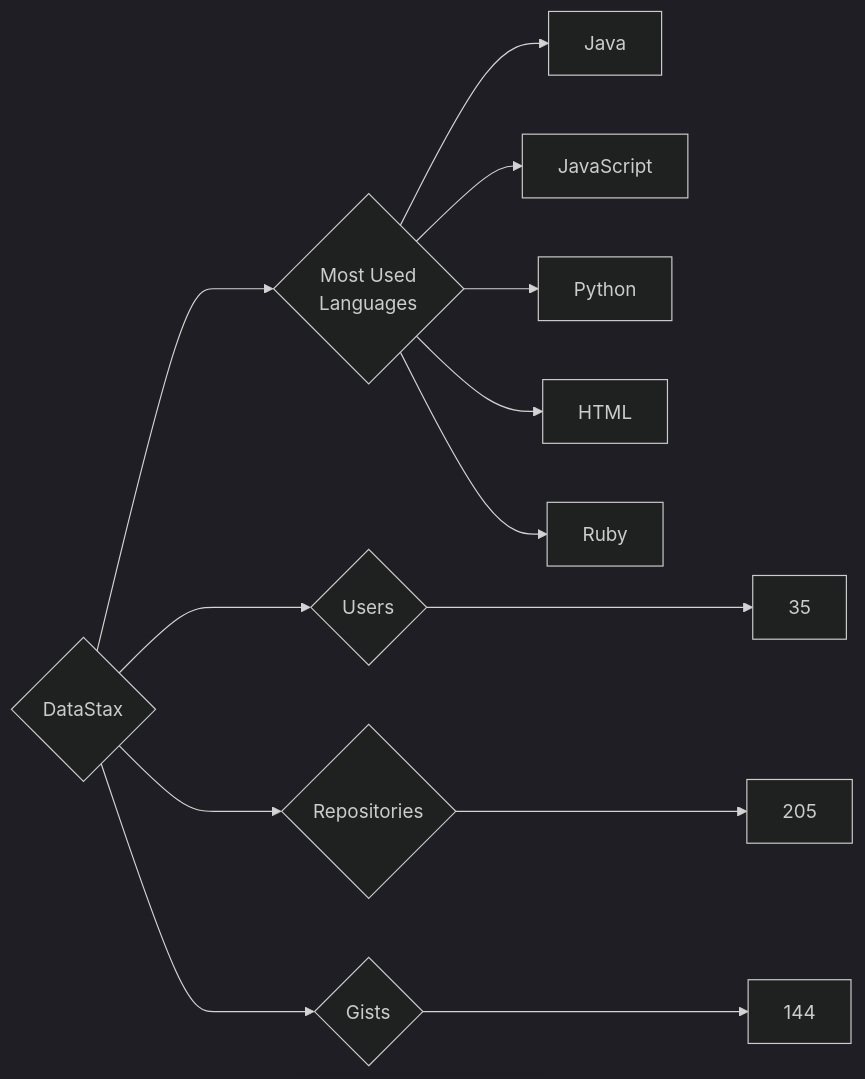
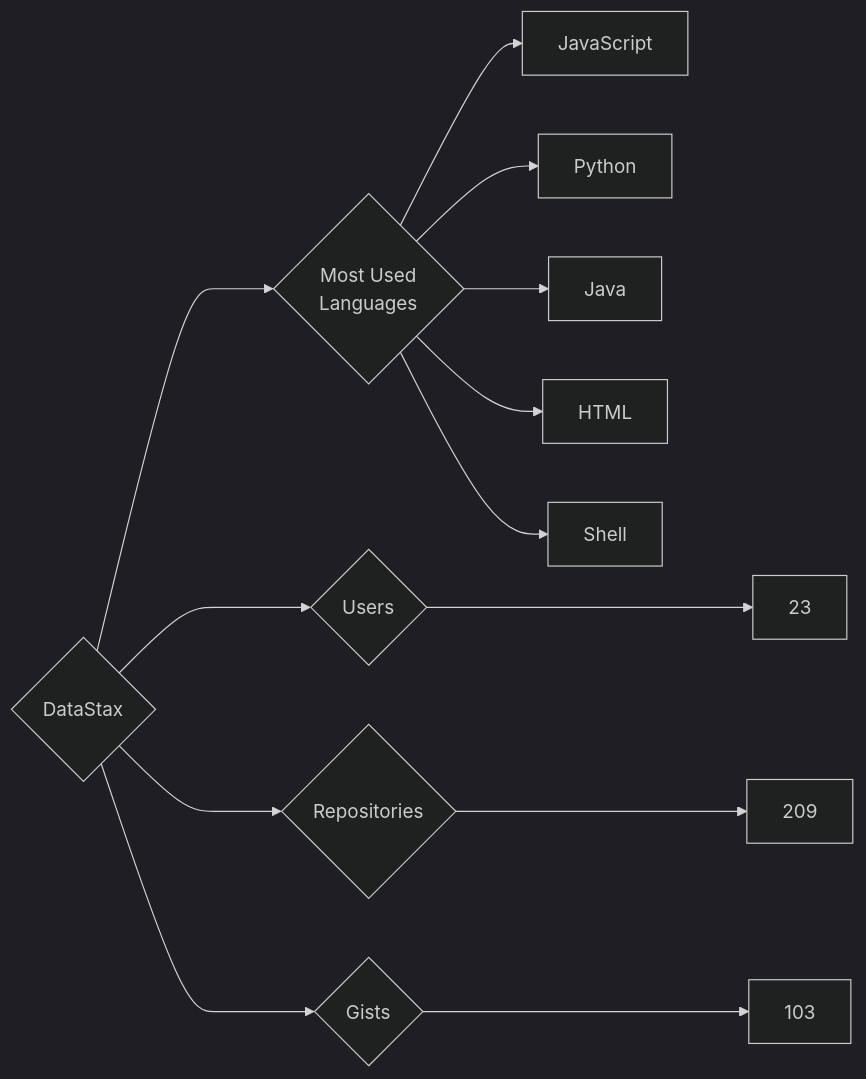
One commit to trickest/insiders changed the diagram in targets/DataStax/README.md. Above: the diagram before and after it, drawn with Mermaid (dark theme). The commit also changed 927 other files, not shown here.

````diff
--- a/targets/DataStax/README.md
+++ b/targets/DataStax/README.md
@@ -3,13 +3,13 @@
 ```mermaid
 graph LR
 COMPANY_NAME{DataStax}
-COMPANY_NAME ---> U{Users} ---> UN[35]
-COMPANY_NAME ---> R{Repositories} ---> RN[205]
-COMPANY_NAME ---> G{Gists} ---> GN[144]
+COMPANY_NAME ---> U{Users} ---> UN[23]
+COMPANY_NAME ---> R{Repositories} ---> RN[209]
+COMPANY_NAME ---> G{Gists} ---> GN[103]
 COMPANY_NAME ---> ML{Most Used<br>Languages}
-ML --> Java[Java]
 ML --> JavaScript[JavaScript]
 ML --> Python[Python]
+ML --> Java[Java]
 ML --> HTML[HTML]
-ML --> Ruby[Ruby]
+ML --> Shell[Shell]
 ```
````
